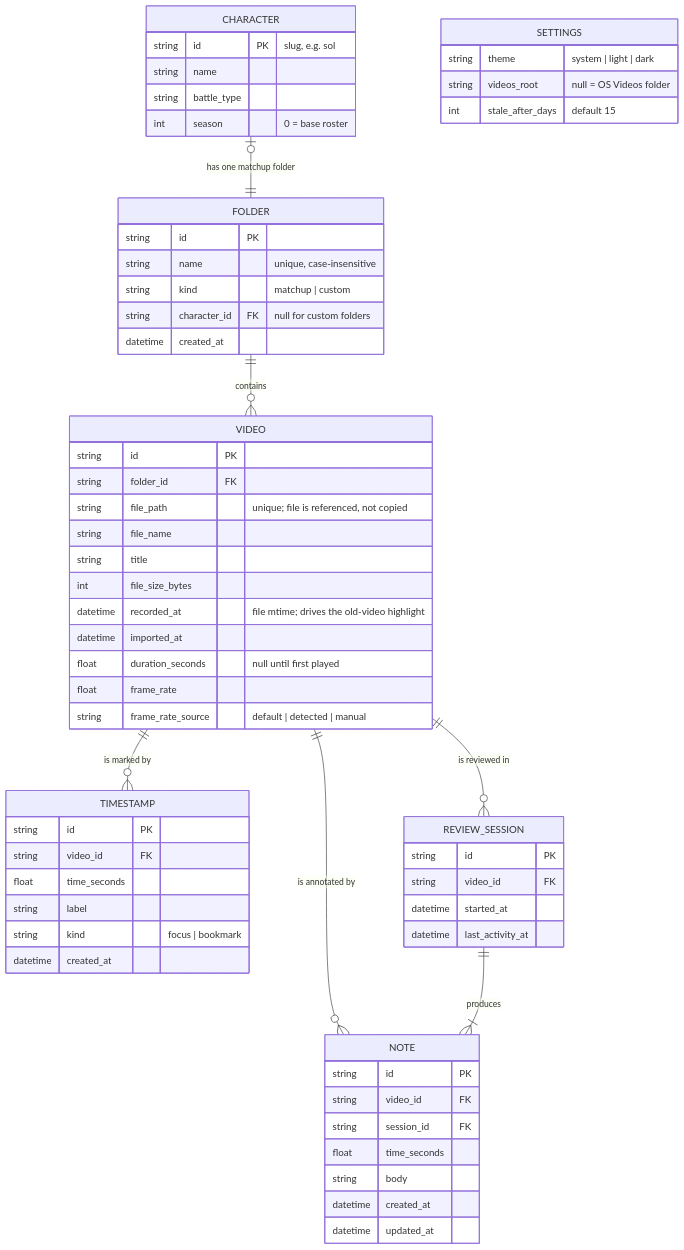
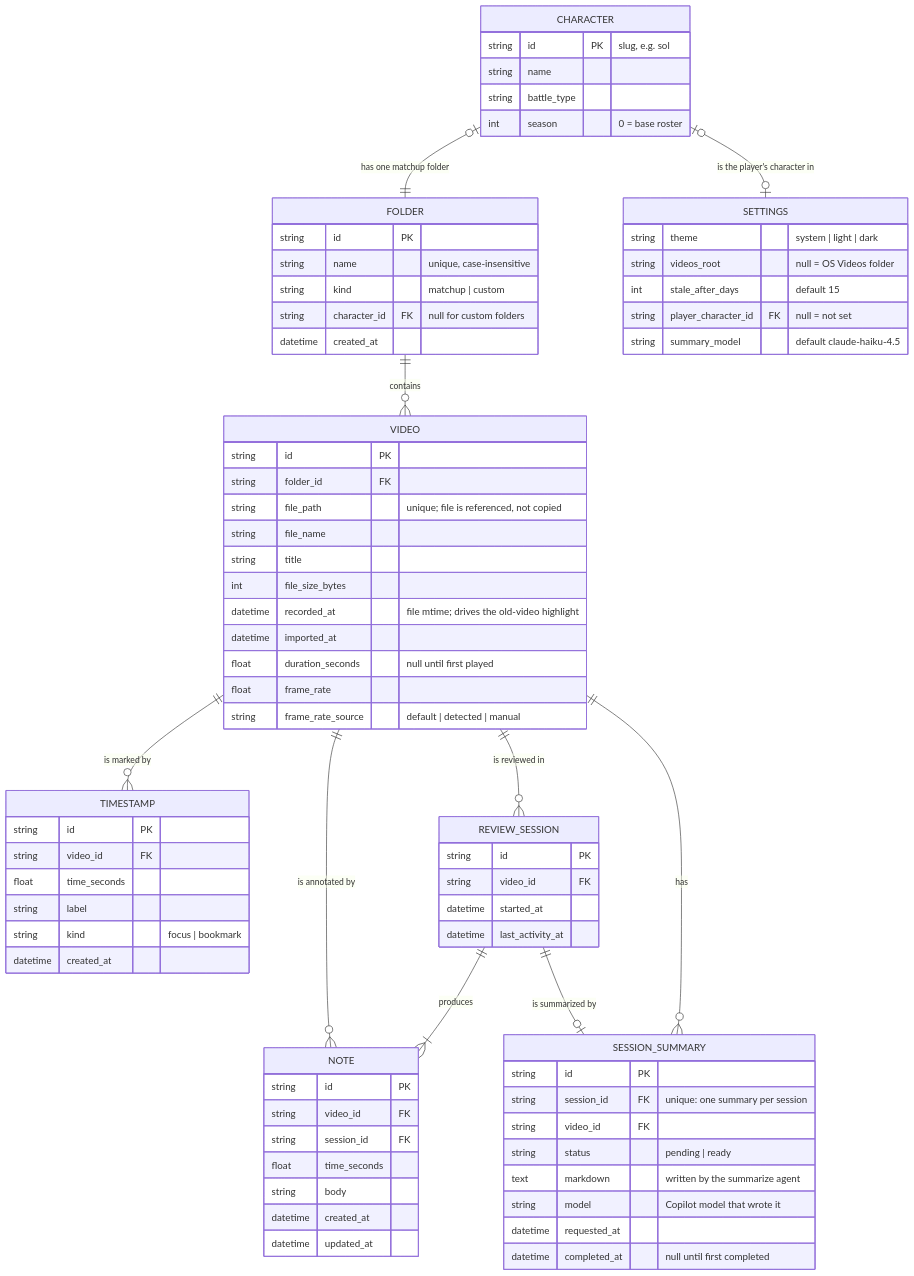
Before and after one commit to cynic04/vod-reviewer: the diagram in docs/data-model.md, drawn with Mermaid. The commit also changed other lines of this file and 6 other files, not shown here.

Commit message:
docs: document the agent harness, session summaries and schema v2

````diff
--- a/docs/data-model.md
+++ b/docs/data-model.md
@@ -16,64 +16,79 @@
 ```mermaid
 erDiagram
     CHARACTER |o--|| FOLDER : "has one matchup folder"
     FOLDER ||--o{ VIDEO : "contains"
     VIDEO ||--o{ TIMESTAMP : "is marked by"
     VIDEO ||--o{ REVIEW_SESSION : "is reviewed in"
     VIDEO ||--o{ NOTE : "is annotated by"
     REVIEW_SESSION ||--|{ NOTE : "produces"
+    REVIEW_SESSION ||--o| SESSION_SUMMARY : "is summarized by"
+    VIDEO ||--o{ SESSION_SUMMARY : "has"
+    CHARACTER |o--o| SETTINGS : "is the player's character in"
 
     CHARACTER {
         string id PK "slug, e.g. sol"
         string name
         string battle_type
         int season "0 = base roster"
     }
     FOLDER {
         string id PK
         string name "unique, case-insensitive"
         string kind "matchup | custom"
         string character_id FK "null for custom folders"
         datetime created_at
     }
     VIDEO {
         string id PK
         string folder_id FK
         string file_path "unique; file is referenced, not copied"
         string file_name
         string title
         int file_size_bytes
         datetime recorded_at "file mtime; drives the old-video highlight"
         datetime imported_at
         float duration_seconds "null until first played"
         float frame_rate
         string frame_rate_source "default | detected | manual"
     }
     TIMESTAMP {
         string id PK
         string video_id FK
         float time_seconds
         string label
         string kind "focus | bookmark"
         datetime created_at
     }
     REVIEW_SESSION {
         string id PK
         string video_id FK
         datetime started_at
         datetime last_activity_at
     }
     NOTE {
         string id PK
         string video_id FK
         string session_id FK
         float time_seconds
         string body
         datetime created_at
         datetime updated_at
     }
+    SESSION_SUMMARY {
+        string id PK
+        string session_id FK "unique: one summary per session"
+        string video_id FK
+        string status "pending | ready"
+        text markdown "written by the summarize agent"
+        string model "Copilot model that wrote it"
+        datetime requested_at
+        datetime completed_at "null until first completed"
+    }
     SETTINGS {
         string theme "system | light | dark"
         string videos_root "null = OS Videos folder"
         int stale_after_days "default 15"
+        string player_character_id FK "null = not set"
+        string summary_model "default claude-haiku-4.5"
     }
 ```
````
